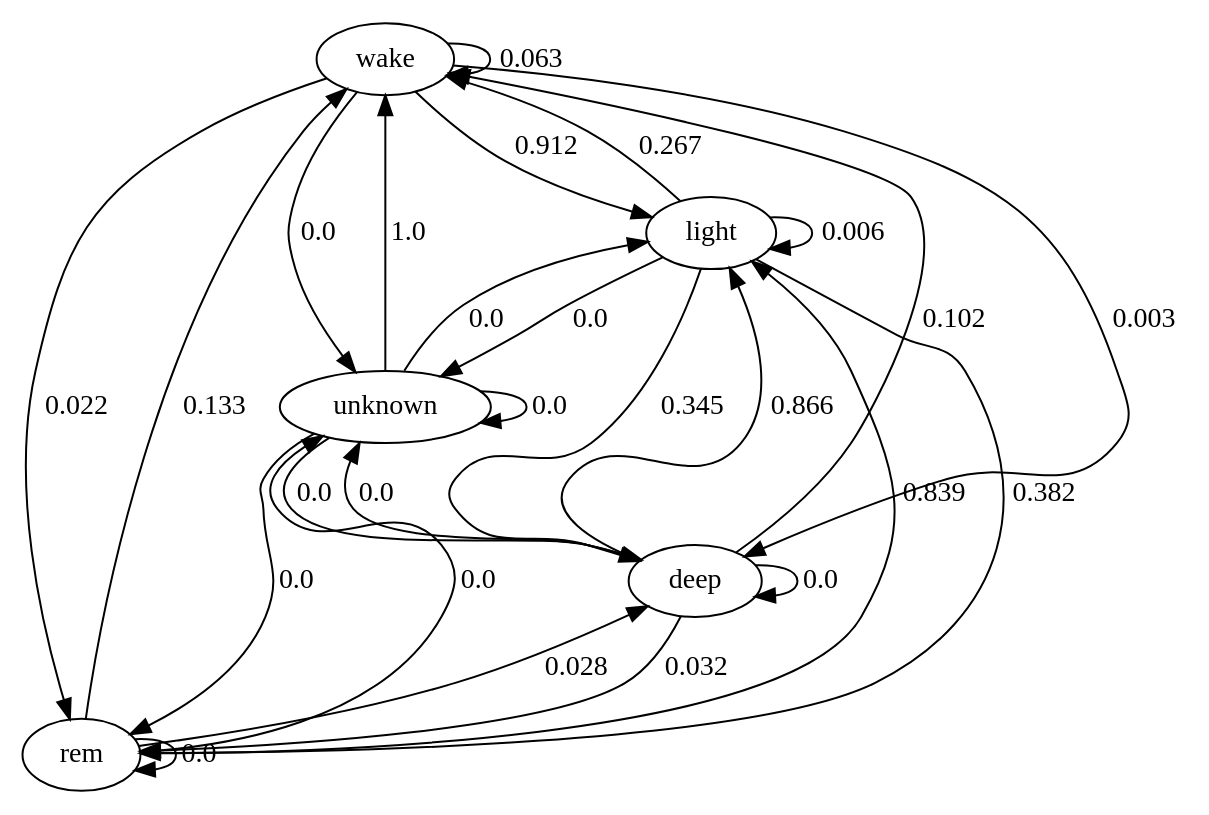
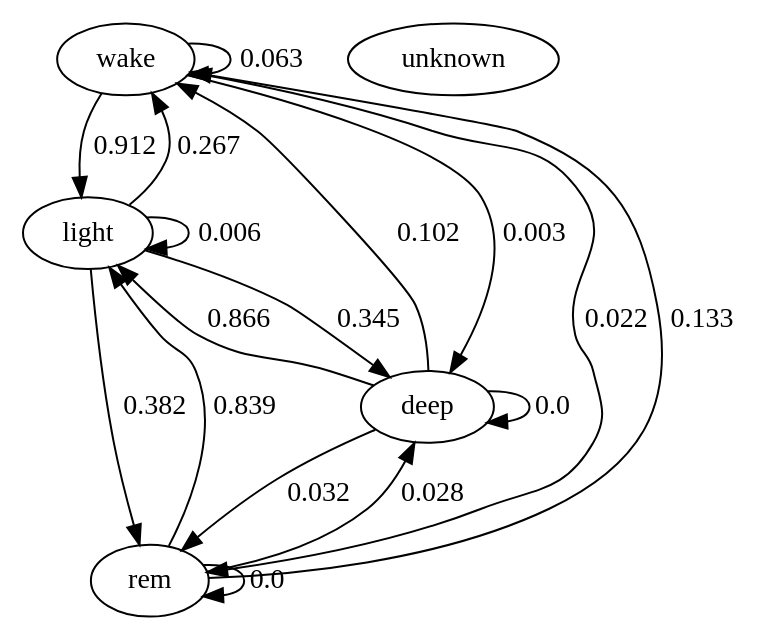
Before and after one commit to slazien/fitbit_analysis: the diagram in outputs/graph_sleep_transitions.dot, drawn with Graphviz. The commit also changed 3 other files, not shown here.

```diff
--- a/outputs/graph_sleep_transitions.dot
+++ b/outputs/graph_sleep_transitions.dot
@@ -1,32 +1,23 @@
 digraph  {
 wake;
 light;
 rem;
 deep;
 unknown;
 wake -> wake  [key=0, label="0.063", weight="0.063"];
 wake -> light  [key=0, label="0.912", weight="0.912"];
 wake -> rem  [key=0, label="0.022", weight="0.022"];
 wake -> deep  [key=0, label="0.003", weight="0.003"];
-wake -> unknown  [key=0, label="0.0", weight="0.0"];
 light -> wake  [key=0, label="0.267", weight="0.267"];
 light -> light  [key=0, label="0.006", weight="0.006"];
 light -> rem  [key=0, label="0.382", weight="0.382"];
 light -> deep  [key=0, label="0.345", weight="0.345"];
-light -> unknown  [key=0, label="0.0", weight="0.0"];
 rem -> wake  [key=0, label="0.133", weight="0.133"];
 rem -> light  [key=0, label="0.839", weight="0.839"];
 rem -> rem  [key=0, label="0.0", weight="0.0"];
 rem -> deep  [key=0, label="0.028", weight="0.028"];
-rem -> unknown  [key=0, label="0.0", weight="0.0"];
 deep -> wake  [key=0, label="0.102", weight="0.102"];
 deep -> light  [key=0, label="0.866", weight="0.866"];
 deep -> rem  [key=0, label="0.032", weight="0.032"];
 deep -> deep  [key=0, label="0.0", weight="0.0"];
-deep -> unknown  [key=0, label="0.0", weight="0.0"];
-unknown -> wake  [key=0, label="1.0", weight="1.0"];
-unknown -> light  [key=0, label="0.0", weight="0.0"];
-unknown -> rem  [key=0, label="0.0", weight="0.0"];
-unknown -> deep  [key=0, label="0.0", weight="0.0"];
-unknown -> unknown  [key=0, label="0.0", weight="0.0"];
 }
```
